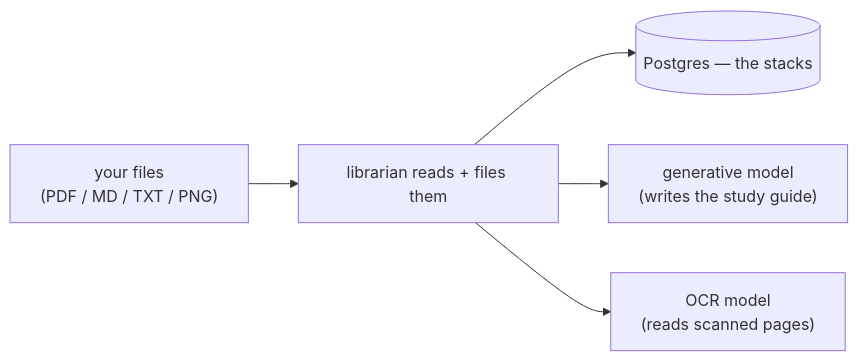
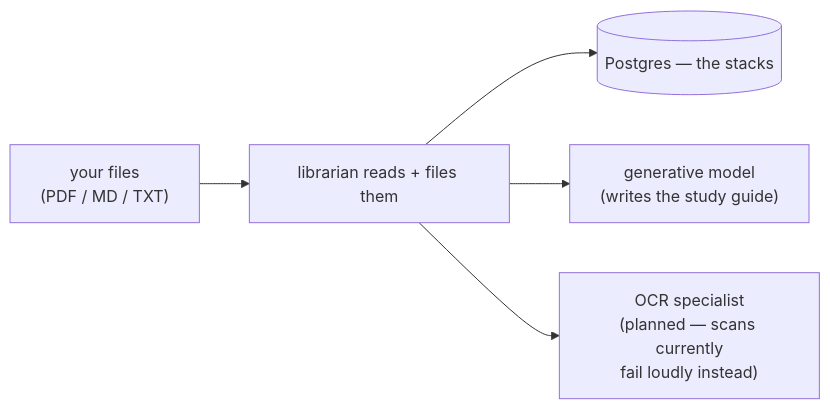
Before and after one commit to RileyK05/Stacks: the second of 19 diagrams in system.md, drawn with Mermaid. The commit also changed other lines of this file and 18 other files, not shown here.

````diff
--- a/system.md
+++ b/system.md
@@ -117,7 +122,7 @@
 ```mermaid
 flowchart LR
-    F["your files<br/>(PDF / MD / TXT / PNG)"] --> ING["librarian reads + files them"]
+    F["your files<br/>(PDF / MD / TXT)"] --> ING["librarian reads + files them"]
     ING --> PG[("Postgres — the stacks")]
     ING --> GEN["generative model<br/>(writes the study guide)"]
-    ING --> OCR["OCR model<br/>(reads scanned pages)"]
+    ING --> OCR["OCR specialist<br/>(planned — scans currently<br/>fail loudly instead)"]
 ```
````
